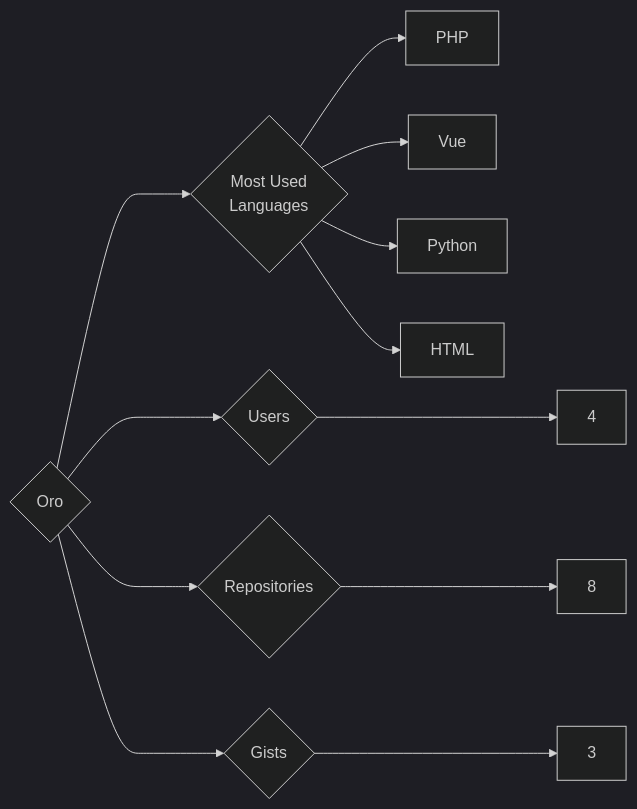
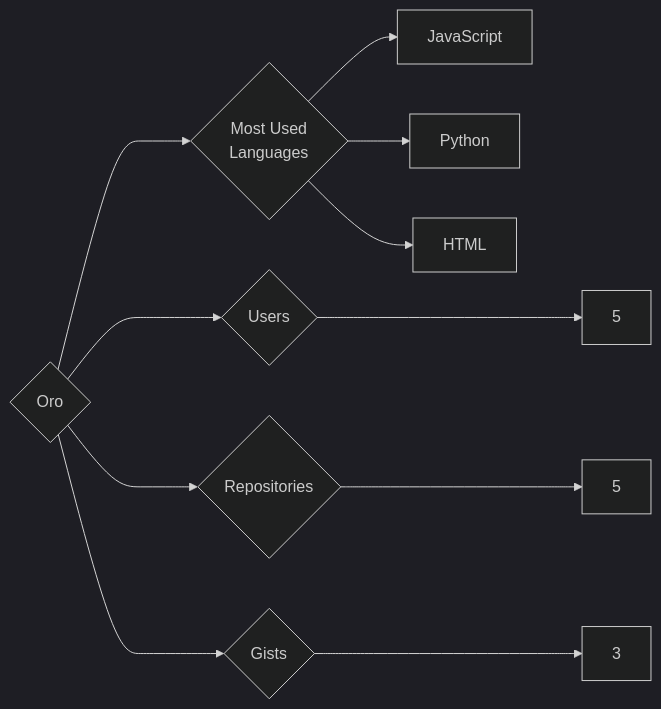
One commit to trickest/insiders changed the diagram in targets/Oro/README.md. Above: the diagram before and after it, drawn with Mermaid (dark theme). The commit also changed 1696 other files, not shown here.

````diff
--- a/targets/Oro/README.md
+++ b/targets/Oro/README.md
@@ -3,12 +3,11 @@
 ```mermaid
 graph LR
 COMPANY_NAME{Oro}
-COMPANY_NAME ---> U{Users} ---> UN[4]
-COMPANY_NAME ---> R{Repositories} ---> RN[8]
+COMPANY_NAME ---> U{Users} ---> UN[5]
+COMPANY_NAME ---> R{Repositories} ---> RN[5]
 COMPANY_NAME ---> G{Gists} ---> GN[3]
 COMPANY_NAME ---> ML{Most Used<br>Languages}
-ML --> PHP[PHP]
-ML --> Vue[Vue]
+ML --> JavaScript[JavaScript]
 ML --> Python[Python]
 ML --> HTML[HTML]
 ```
````
